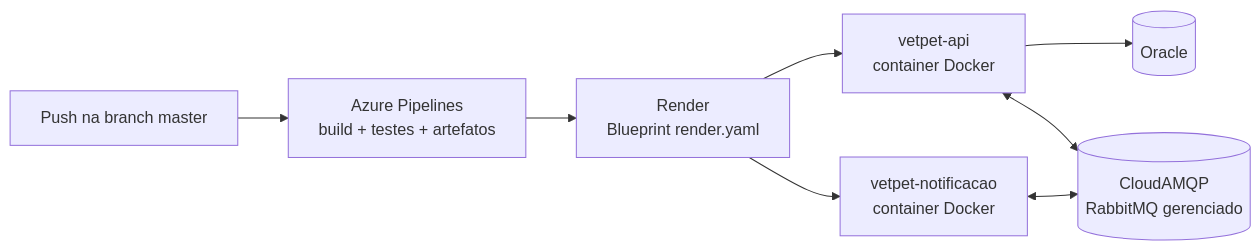
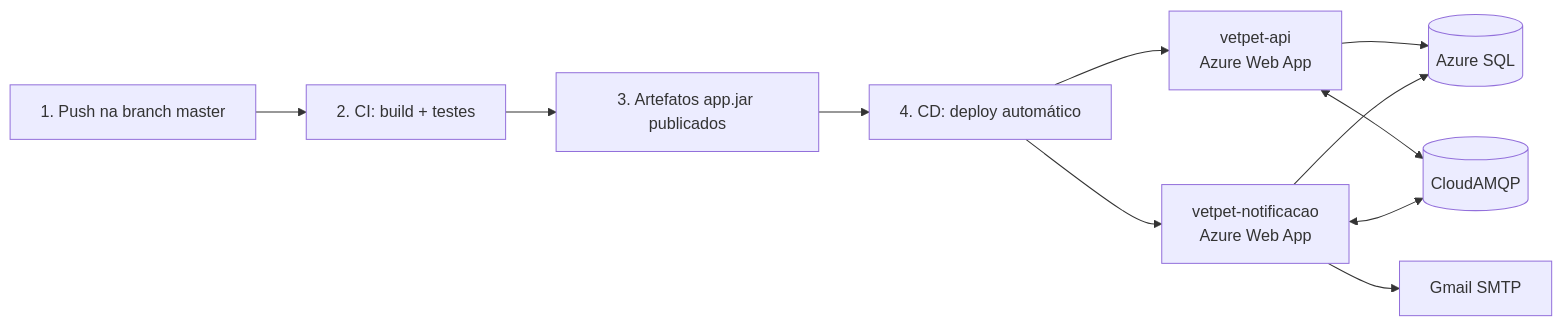
Before and after one commit to 2TDSPO-JPG/VetPet-EntregaFinal: the fourth of 4 diagrams in README.md, drawn with Mermaid. The commit also changed other lines of this file and 8 other files, not shown here.

````diff
--- a/README.md
+++ b/README.md
@@ -539,10 +548,13 @@
 ```mermaid
 flowchart LR
-    Dev[Push na branch master] --> CI[Azure Pipelines<br/>build + testes + artefatos]
-    CI --> Render[Render<br/>Blueprint render.yaml]
-    Render --> A[vetpet-api<br/>container Docker]
-    Render --> N[vetpet-notificacao<br/>container Docker]
-    A --> Oracle[(Oracle)]
-    A <--> MQ[(CloudAMQP<br/>RabbitMQ gerenciado)]
+    Dev[1. Push na branch master] --> CI[2. CI: build + testes]
+    CI --> Art[3. Artefatos app.jar publicados]
+    Art --> CD[4. CD: deploy automático]
+    CD --> N[vetpet-notificacao<br/>Azure Web App]
+    CD --> A[vetpet-api<br/>Azure Web App]
+    A --> SQL[(Azure SQL)]
+    N --> SQL
+    A <--> MQ[(CloudAMQP)]
     N <--> MQ
+    N --> Gmail[Gmail SMTP]
 ```
````
